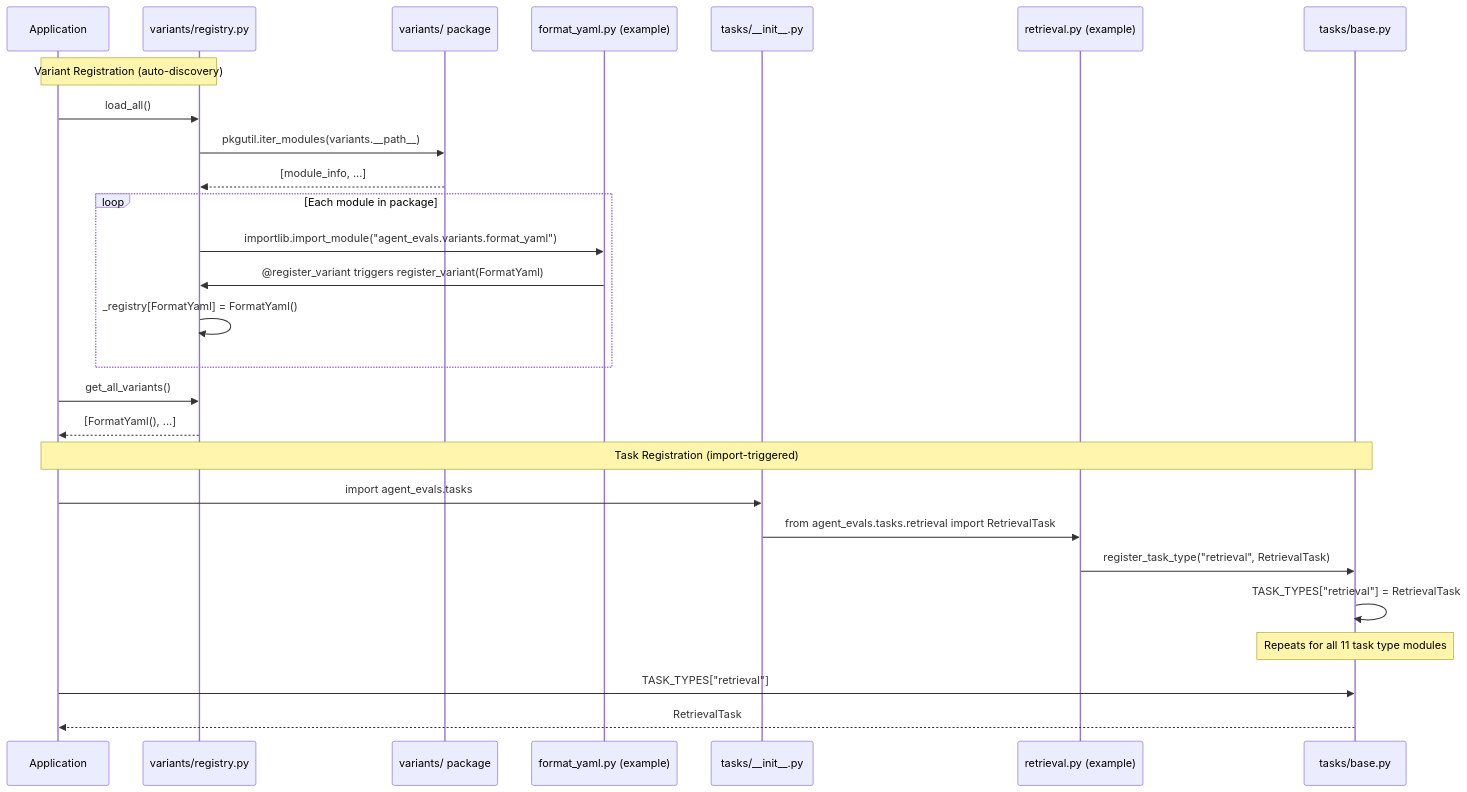
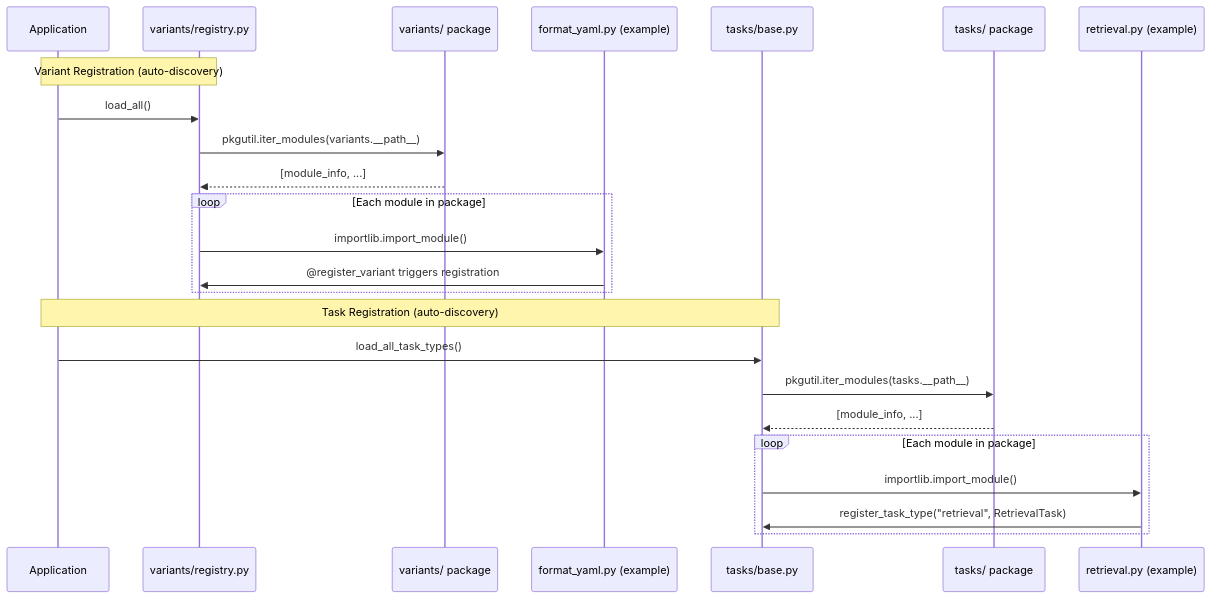
The fourth of 4 diagrams in docs/ARCHITECTURE.md (Compass-Brand/ai-documentation-testing), drawn with Mermaid before and after one commit. The commit also changed other lines of this file and 7 other files, not shown here.

````diff
--- a/docs/ARCHITECTURE.md
+++ b/docs/ARCHITECTURE.md
@@ -137,31 +140,28 @@
 ```mermaid
 sequenceDiagram
     participant App as Application
     participant VReg as variants/registry.py
     participant VPkg as variants/ package
     participant VMod as format_yaml.py (example)
-    participant TInit as tasks/__init__.py
+    participant TBase as tasks/base.py
+    participant TPkg as tasks/ package
     participant TMod as retrieval.py (example)
-    participant TBase as tasks/base.py
 
     Note over App,VReg: Variant Registration (auto-discovery)
     App->>VReg: load_all()
     VReg->>VPkg: pkgutil.iter_modules(variants.__path__)
     VPkg-->>VReg: [module_info, ...]
     loop Each module in package
-        VReg->>VMod: importlib.import_module("agent_evals.variants.format_yaml")
-        VMod->>VReg: @register_variant triggers register_variant(FormatYaml)
-        VReg->>VReg: _registry[FormatYaml] = FormatYaml()
+        VReg->>VMod: importlib.import_module()
+        VMod->>VReg: @register_variant triggers registration
     end
-    App->>VReg: get_all_variants()
-    VReg-->>App: [FormatYaml(), ...]
 
-    Note over App,TBase: Task Registration (import-triggered)
-    App->>TInit: import agent_evals.tasks
-    TInit->>TMod: from agent_evals.tasks.retrieval import RetrievalTask
-    TMod->>TBase: register_task_type("retrieval", RetrievalTask)
-    TBase->>TBase: TASK_TYPES["retrieval"] = RetrievalTask
-    Note over TBase: Repeats for all 11 task type modules
-    App->>TBase: TASK_TYPES["retrieval"]
-    TBase-->>App: RetrievalTask
+    Note over App,TBase: Task Registration (auto-discovery)
+    App->>TBase: load_all_task_types()
+    TBase->>TPkg: pkgutil.iter_modules(tasks.__path__)
+    TPkg-->>TBase: [module_info, ...]
+    loop Each module in package
+        TBase->>TMod: importlib.import_module()
+        TMod->>TBase: register_task_type("retrieval", RetrievalTask)
+    end
 ```
````
